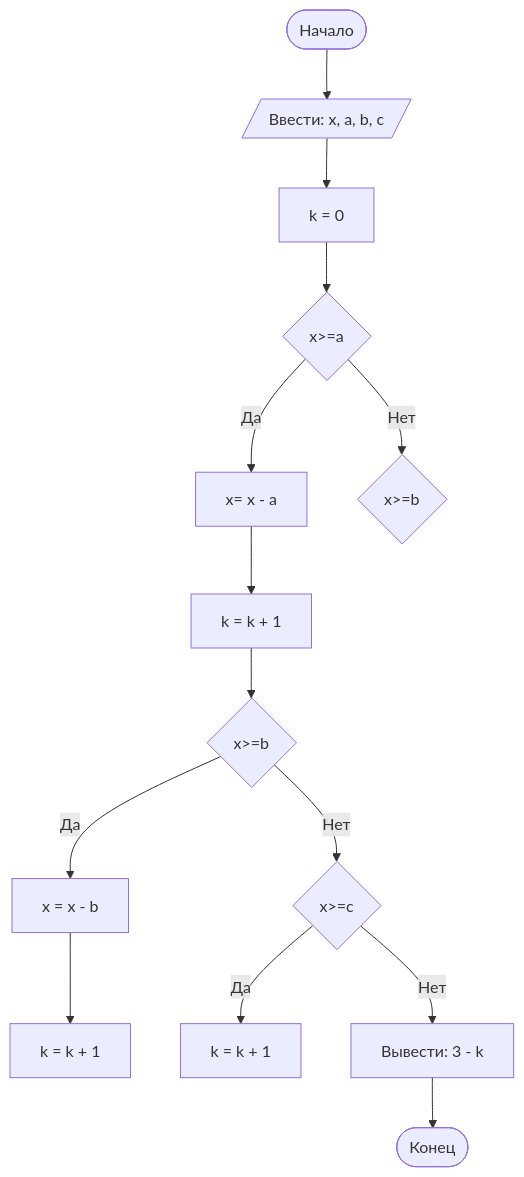
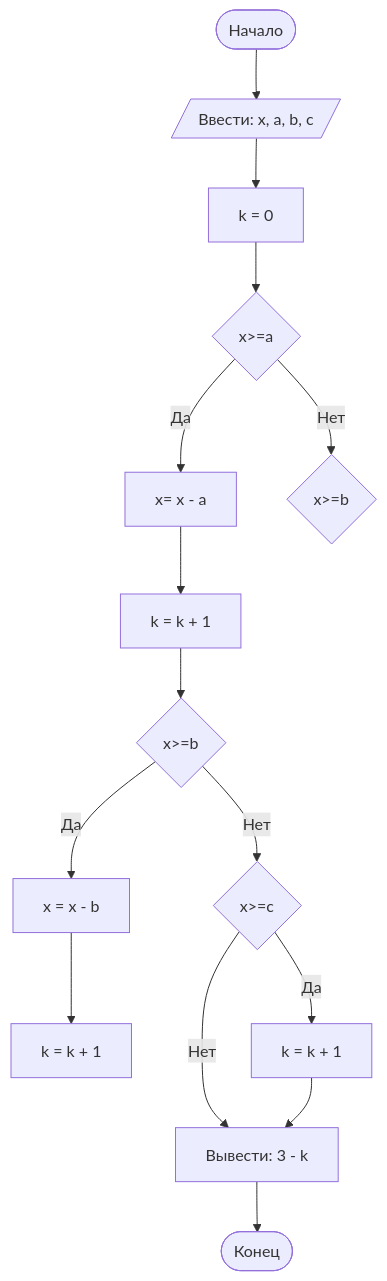
Before and after one commit to DariaVazh/Lab1: the diagram in README.md, drawn with Mermaid.

````diff
--- a/README.md
+++ b/README.md
@@ -42,16 +42,17 @@
 ```mermaid
 graph TD
 A([Начало]) --> B[/Ввести: x, a, b, c/]
 B --> C[k = 0]
 C --> D{x>=a}
 D -- Да --> E[x= x - a]
 D -- Нет --> Z{x>=b}
 E --> F[k = k + 1]
 F --> G{x>=b}
 G -- Да --> H[x = x - b]
 H --> I[k = k + 1]
 G -- Нет --> J{x>=c}
-J -- Да --> K[k = k + 1]
+J -- Да --> K[k = k + 1] 
 J -- Нет --> preEnd[Вывести: 3 - k]
+K --> preEnd
 preEnd --> End([Конец])
 ``` 
````
